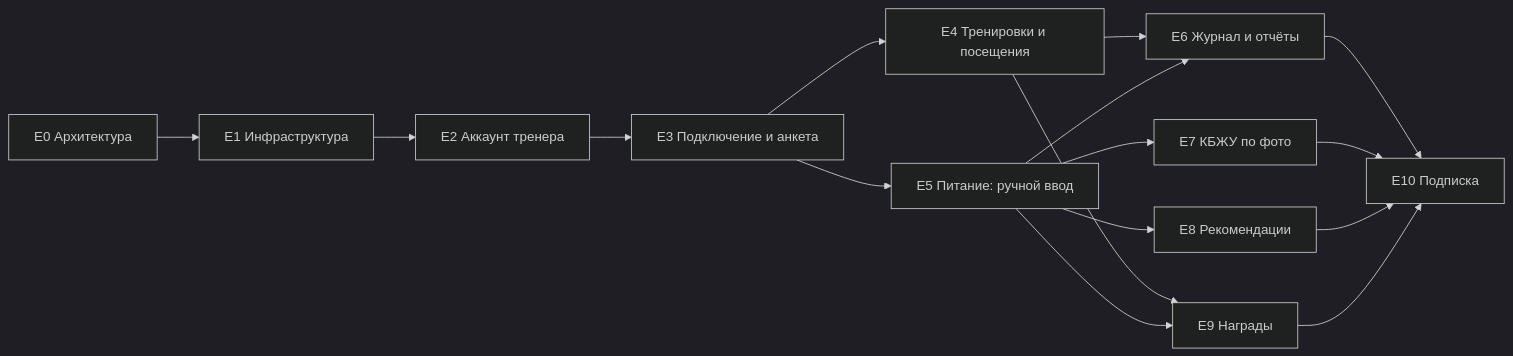
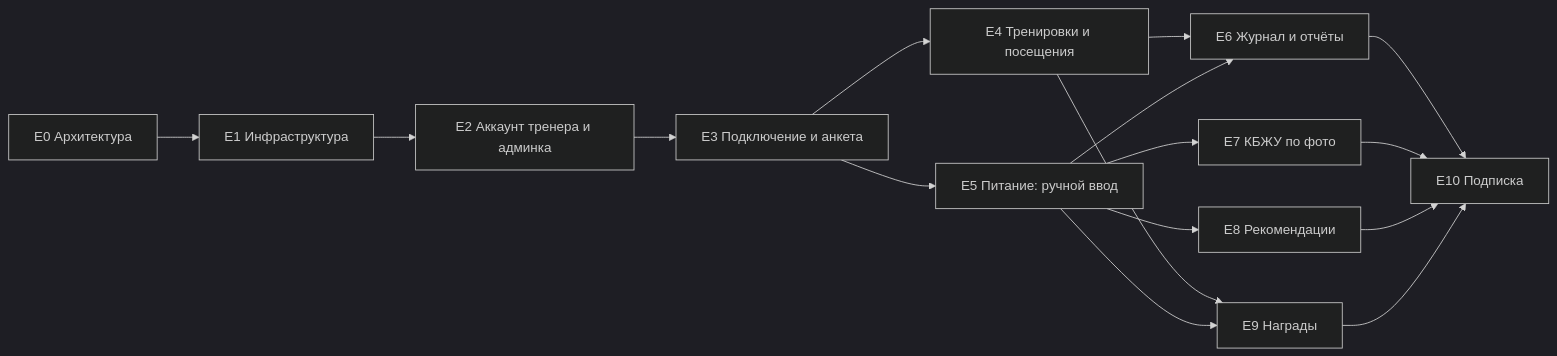
Before and after one commit to pycoder-code/trenly-ai: the diagram in docs/business/roadmap.md, drawn with Mermaid (dark theme). The commit also changed other lines of this file and 6 other files, not shown here.

````diff
--- a/docs/business/roadmap.md
+++ b/docs/business/roadmap.md
@@ -34,18 +34,18 @@
 ```mermaid
 flowchart LR
     E0[E0 Архитектура] --> E1[E1 Инфраструктура]
-    E1 --> E2[E2 Аккаунт тренера]
+    E1 --> E2[E2 Аккаунт тренера и админка]
     E2 --> E3[E3 Подключение и анкета]
     E3 --> E4[E4 Тренировки и посещения]
     E3 --> E5[E5 Питание: ручной ввод]
     E4 --> E6[E6 Журнал и отчёты]
     E5 --> E6
     E5 --> E7[E7 КБЖУ по фото]
     E5 --> E8[E8 Рекомендации]
     E4 --> E9[E9 Награды]
     E5 --> E9
     E6 --> E10[E10 Подписка]
     E7 --> E10
     E8 --> E10
     E9 --> E10
 ```
````
